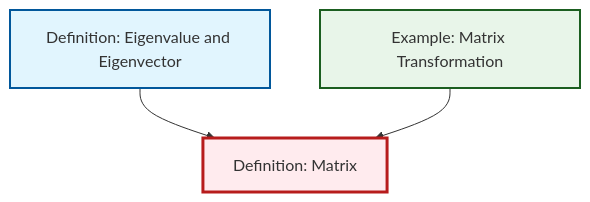
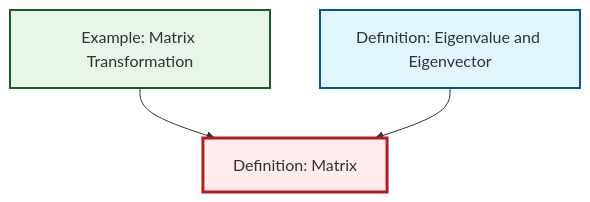
The diagram in content/ja/algebra/def-matrix.qmd (RK0429/ModernMath), drawn with Mermaid before and after one commit. The commit also changed other lines of this file and 360 other files, not shown here.

````diff
--- a/content/ja/algebra/def-matrix.qmd
+++ b/content/ja/algebra/def-matrix.qmd
@@ -58,17 +58,17 @@
 ```{mermaid}
 %%| fig-cap: "Local dependency graph"
 graph TD
     classDef definition fill:#e1f5fe,stroke:#01579b,stroke-width:2px
     classDef theorem fill:#f3e5f5,stroke:#4a148c,stroke-width:2px
     classDef axiom fill:#fff3e0,stroke:#e65100,stroke-width:2px
     classDef example fill:#e8f5e9,stroke:#1b5e20,stroke-width:2px
     classDef current fill:#ffebee,stroke:#b71c1c,stroke-width:3px
+    def-matrix["Definition: Matrix"]:::definition
     def-eigenvalue-eigenvector["Definition: Eigenvalue and Eigenvector"]:::definition
     ex-matrix-transformation["Example: Matrix Transformation"]:::example
-    def-matrix["Definition: Matrix"]:::definition
+    ex-matrix-transformation --> def-matrix
     def-eigenvalue-eigenvector --> def-matrix
-    ex-matrix-transformation --> def-matrix
     class def-matrix current
     click def-eigenvalue-eigenvector "def-eigenvalue-eigenvector.html" "Definition: Eigenvalue and Eigenvectorへ"
     click ex-matrix-transformation "ex-matrix-transformation.html" "Example: Matrix Transformationへ"
 ```
````
